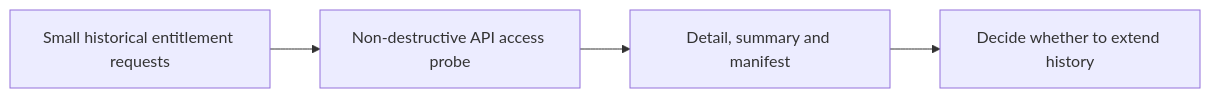
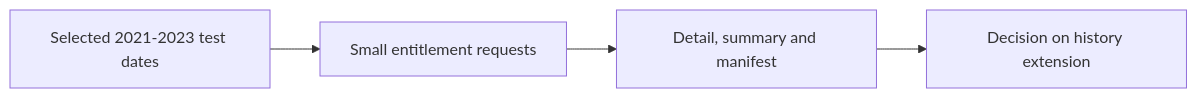
Before and after one commit to Ferreter/Dissertation: the diagram in docs/notebooks/09_probe_massive_2021_2022_underlying_access.md, drawn with Mermaid. The commit also changed other lines of this file and 27 other files, not shown here.

````diff
--- a/docs/notebooks/09_probe_massive_2021_2022_underlying_access.md
+++ b/docs/notebooks/09_probe_massive_2021_2022_underlying_access.md
@@ -12,6 +13,6 @@
 ```mermaid
 flowchart LR
-    A["Small historical entitlement requests"] --> B["Non-destructive API access probe"]
+    A["Selected 2021-2023 test dates"] --> B["Small entitlement requests"]
     B --> C["Detail, summary and manifest"]
-    C --> D["Decide whether to extend history"]
+    C --> D["Decision on history extension"]
 ```
````
